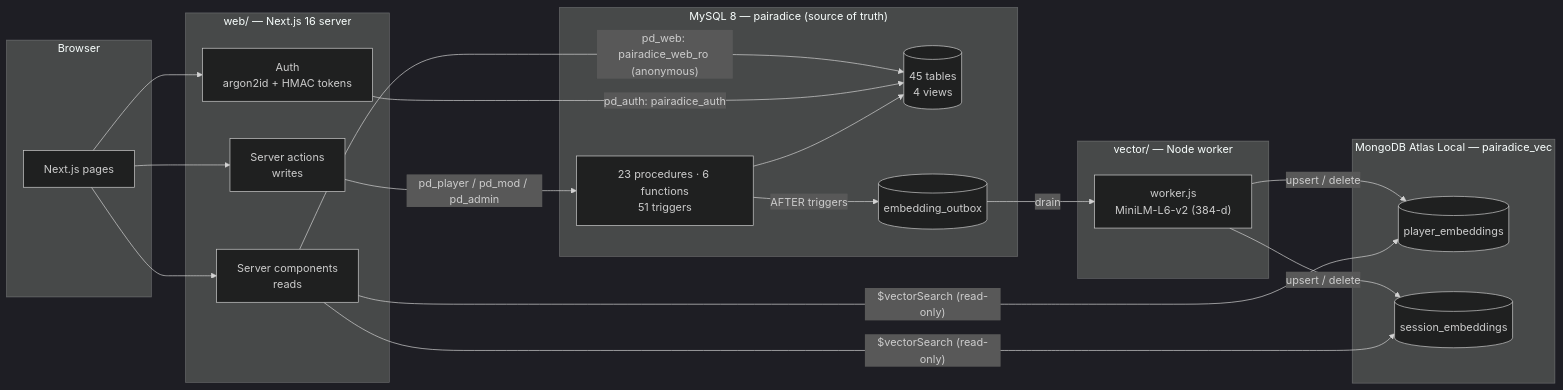
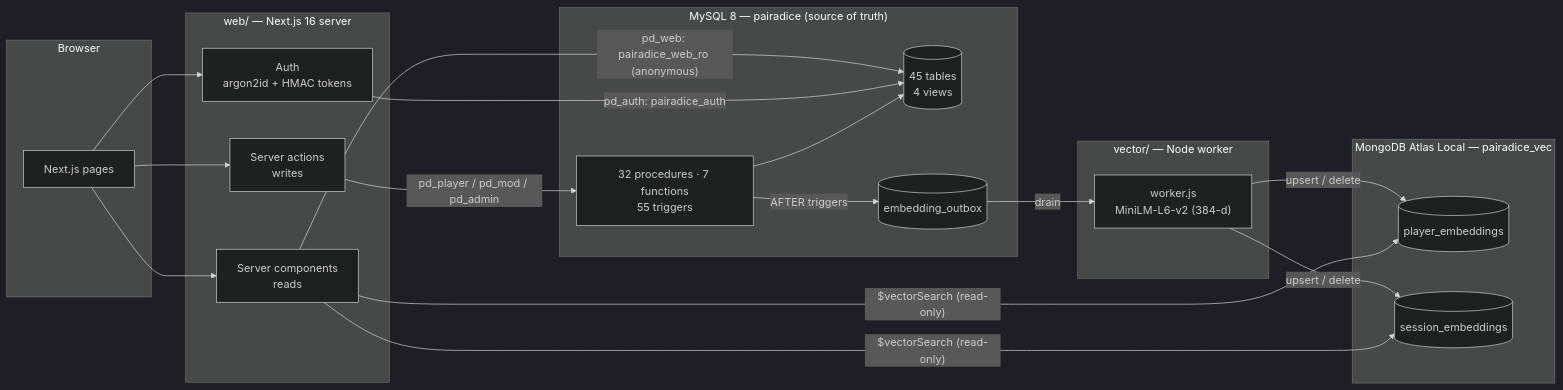
One commit to CloudStone16/Pairadice changed the diagram in README.md. Above: the diagram before and after it, drawn with Mermaid (dark theme). The commit also changed other lines of this file and 3 other files, not shown here.

````diff
--- a/README.md
+++ b/README.md
@@ -49,37 +56,37 @@
 ```mermaid
 flowchart LR
   subgraph Browser
     UI["Next.js pages"]
   end
 
   subgraph Web["web/ — Next.js 16 server"]
     RSC["Server components<br/>reads"]
     SA["Server actions<br/>writes"]
     AUTH["Auth<br/>argon2id + HMAC tokens"]
   end
 
   subgraph MySQL["MySQL 8 — pairadice (source of truth)"]
     T[("45 tables<br/>4 views")]
-    R["23 procedures · 6 functions<br/>51 triggers"]
+    R["32 procedures · 7 functions<br/>55 triggers"]
     OB[("embedding_outbox")]
   end
 
   subgraph Vec["vector/ — Node worker"]
     W["worker.js<br/>MiniLM-L6-v2 (384-d)"]
   end
 
   subgraph Mongo["MongoDB Atlas Local — pairadice_vec"]
     PE[("player_embeddings")]
     SE[("session_embeddings")]
   end
 
   UI --> RSC & SA & AUTH
   RSC -- "pd_web: pairadice_web_ro (anonymous)" --> T
   AUTH -- "pd_auth: pairadice_auth" --> T
   SA -- "pd_player / pd_mod / pd_admin" --> R
   R --> T
   R -- "AFTER triggers" --> OB
   OB -- "drain" --> W
   W -- "upsert / delete" --> PE & SE
   RSC -- "$vectorSearch (read-only)" --> PE & SE
 ```
````
